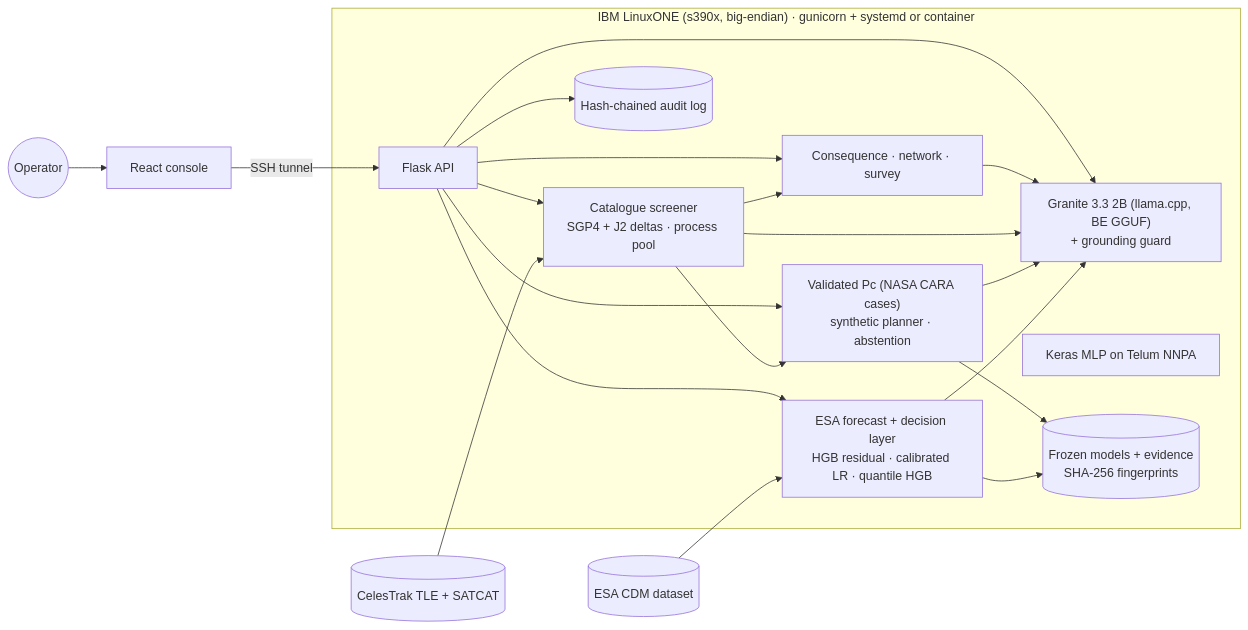
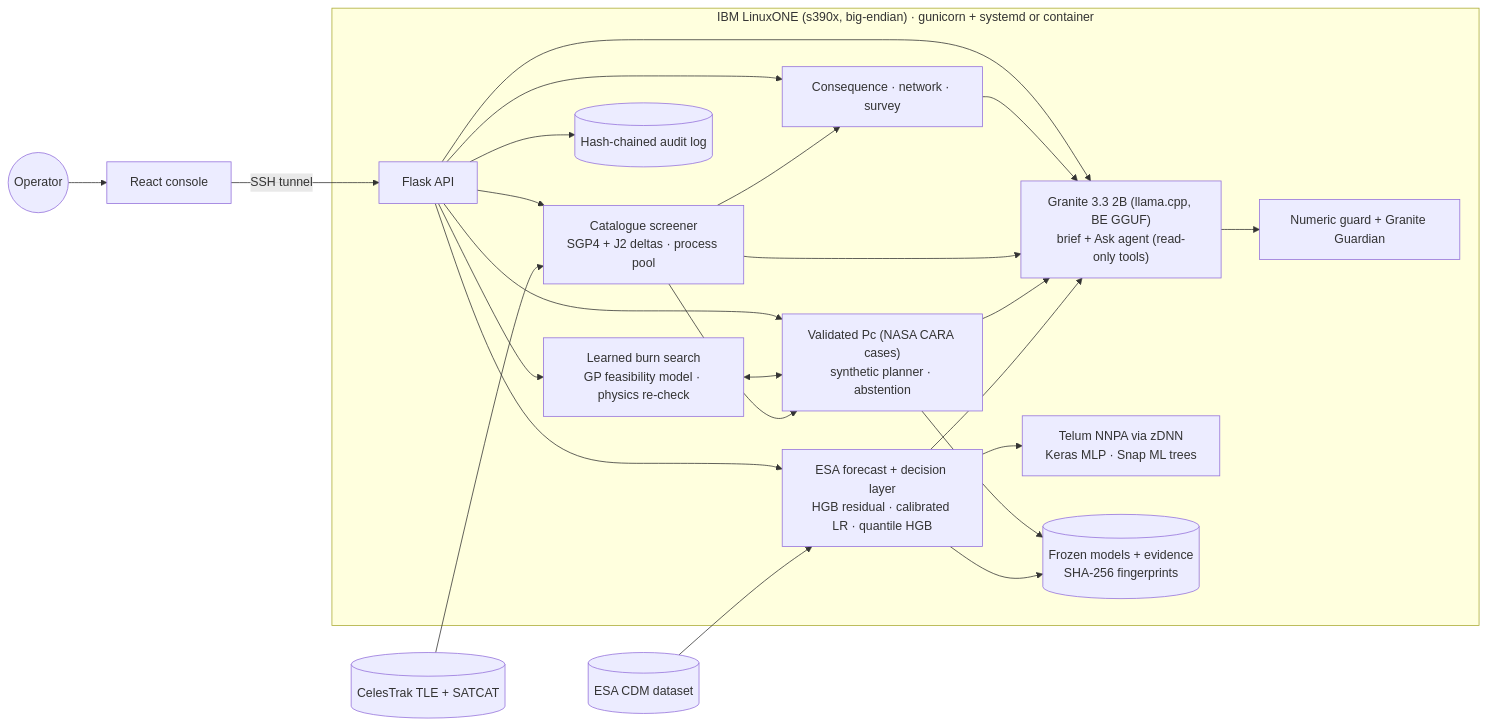
The diagram in README.md (ryash072007/Datathon2-OrbitGuard), drawn with Mermaid before and after one commit. The commit also changed other lines of this file and 3 other files, not shown here.

````diff
--- a/README.md
+++ b/README.md
@@ -39,23 +68,28 @@
 ```mermaid
 flowchart LR
   subgraph L1["IBM LinuxONE (s390x, big-endian) · gunicorn + systemd or container"]
     API[Flask API]:::svc
     ML["ESA forecast + decision layer<br/>HGB residual · calibrated LR · quantile HGB"]
     PH["Validated Pc (NASA CARA cases)<br/>synthetic planner · abstention"]
     CAT["Catalogue screener<br/>SGP4 + J2 deltas · process pool"]
     CON["Consequence · network · survey"]
-    LLM["Granite 3.3 2B (llama.cpp, BE GGUF)<br/>+ grounding guard"]
-    NN["Keras MLP on Telum NNPA"]
+    OPT["Learned burn search<br/>GP feasibility model · physics re-check"]
+    LLM["Granite 3.3 2B (llama.cpp, BE GGUF)<br/>brief + Ask agent (read-only tools)"]
+    GRD["Numeric guard + Granite Guardian"]
+    NN["Telum NNPA via zDNN<br/>Keras MLP · Snap ML trees"]
     AUD[("Hash-chained audit log")]
     ART[("Frozen models + evidence<br/>SHA-256 fingerprints")]
   end
   ESA[(ESA CDM dataset)] --> ML
   CT[(CelesTrak TLE + SATCAT)] --> CAT
   CAT --> PH
   CAT --> CON
+  OPT <--> PH
+  ML --> NN
   ML & PH & CAT & CON --> LLM
-  API --> ML & PH & CAT & CON & LLM & AUD
+  LLM --> GRD
+  API --> ML & PH & OPT & CAT & CON & LLM & AUD
   ML & PH --> ART
   UI[React console] -- SSH tunnel --> API
   OP((Operator)) --> UI
 ```
````
